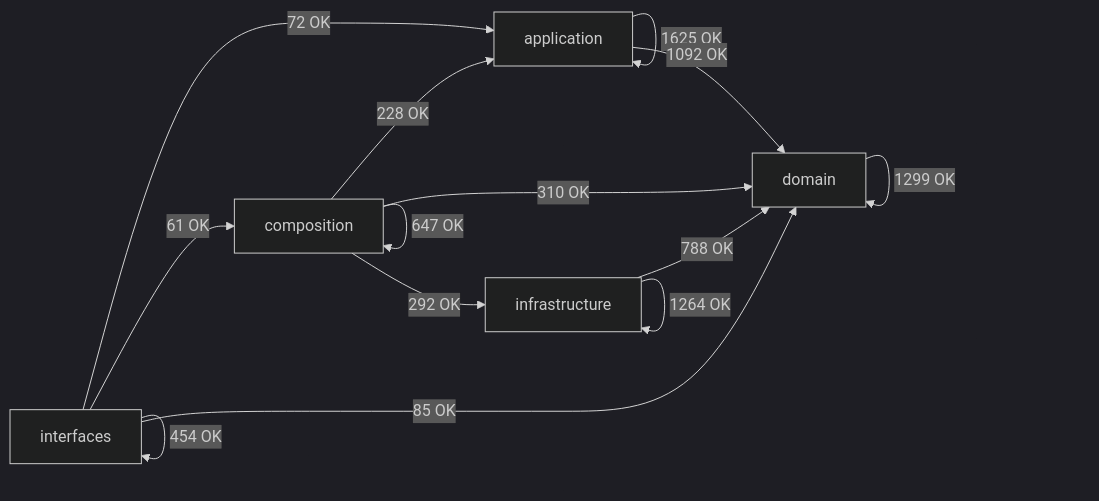
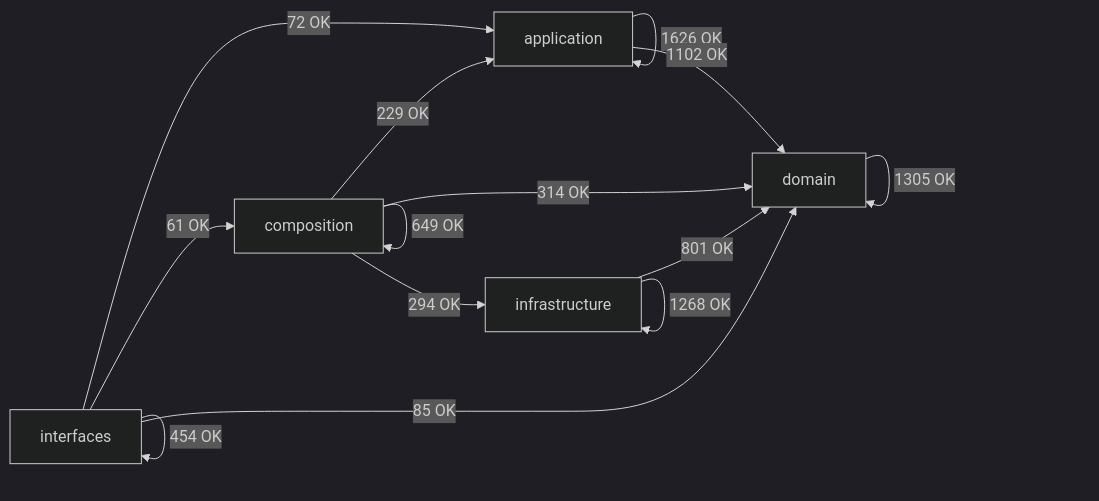
The diagram in docs/02-architecture/generated/module-dependency-map.md (SatoryKono/BioactivityDataAcquisition), drawn with Mermaid (dark theme) before and after one commit. The commit also changed other lines of this file and 51 other files, not shown here.

Commit message:
fix(storage): preserve cancellation receipts and align architecture evidence

````diff
--- a/docs/02-architecture/generated/module-dependency-map.md
+++ b/docs/02-architecture/generated/module-dependency-map.md
@@ -17,21 +17,21 @@
 ```mermaid
 flowchart LR
     domain[domain]
     application[application]
     infrastructure[infrastructure]
     composition[composition]
     interfaces[interfaces]
-    application -->|1625 OK| application
-    application -->|1092 OK| domain
-    composition -->|228 OK| application
-    composition -->|647 OK| composition
-    composition -->|310 OK| domain
-    composition -->|292 OK| infrastructure
-    domain -->|1299 OK| domain
-    infrastructure -->|788 OK| domain
-    infrastructure -->|1264 OK| infrastructure
+    application -->|1626 OK| application
+    application -->|1102 OK| domain
+    composition -->|229 OK| application
+    composition -->|649 OK| composition
+    composition -->|314 OK| domain
+    composition -->|294 OK| infrastructure
+    domain -->|1305 OK| domain
+    infrastructure -->|801 OK| domain
+    infrastructure -->|1268 OK| infrastructure
     interfaces -->|72 OK| application
     interfaces -->|61 OK| composition
     interfaces -->|85 OK| domain
     interfaces -->|454 OK| interfaces
 ```
````
